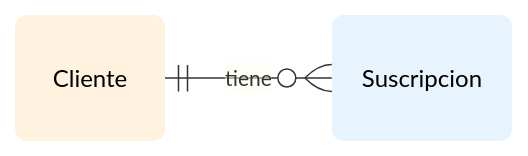
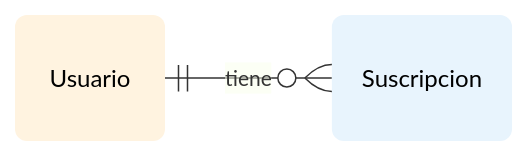
The diagram in docs/data-loading/settings/subscription/README.md (retenai/public-documentation), drawn with Mermaid before and after one commit. The commit also changed other lines of this file and 10 other files, not shown here.

````diff
--- a/docs/data-loading/settings/subscription/README.md
+++ b/docs/data-loading/settings/subscription/README.md
@@ -9,18 +9,18 @@
 ```mermaid
 erDiagram
     direction LR
 
     %% Estilos personalizados para las entidades - bordes redondeados y solo relleno
     classDef clientClass fill:#fff3e0,stroke:none,color:#000,rx:8,ry:8
     classDef subscriptionClass fill:#e8f4fd,stroke:none,color:#000,rx:8,ry:8
 
-    Cliente ||--o{ Suscripcion : tiene
+    Usuario ||--o{ Suscripcion : tiene
     Suscripcion {
     }
-    Cliente {
+    Usuario {
     }
 
     %% Aplicar estilos
     class Suscripcion subscriptionClass
-    class Cliente clientClass
+    class Usuario clientClass
 ```
````
